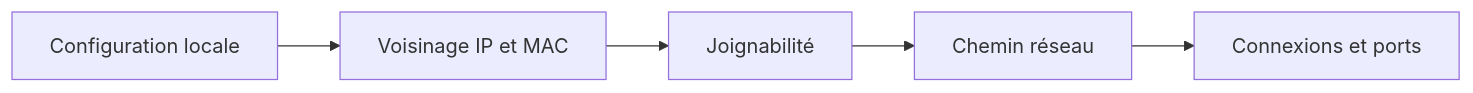
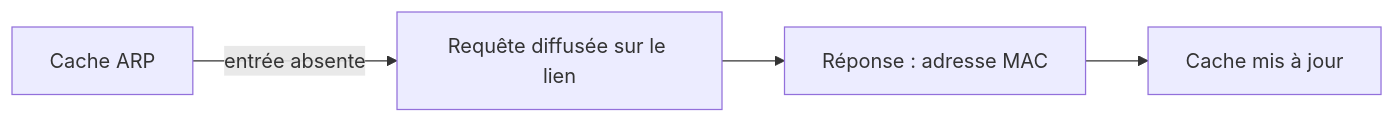
Before and after one commit to sk34pk25/tssr-cours: the diagram in docs/modules/01-bases-reseaux/module-05-les-premieres-commandes-reseau.md, drawn with Mermaid. The commit also changed other lines of this file and 18 other files, not shown here.

````diff
--- a/docs/modules/01-bases-reseaux/module-05-les-premieres-commandes-reseau.md
+++ b/docs/modules/01-bases-reseaux/module-05-les-premieres-commandes-reseau.md
@@ -18,7 +33,6 @@
 ```mermaid
 flowchart LR
-    A[Configuration locale] --> B[Voisinage IP et MAC]
-    B --> C[Joignabilité]
-    C --> D[Chemin réseau]
-    D --> E[Connexions et ports]
+    A["Cache ARP"] -->|entrée absente| B["Requête diffusée sur le lien"]
+    B --> C["Réponse : adresse MAC"]
+    C --> D["Cache mis à jour"]
 ```
````
